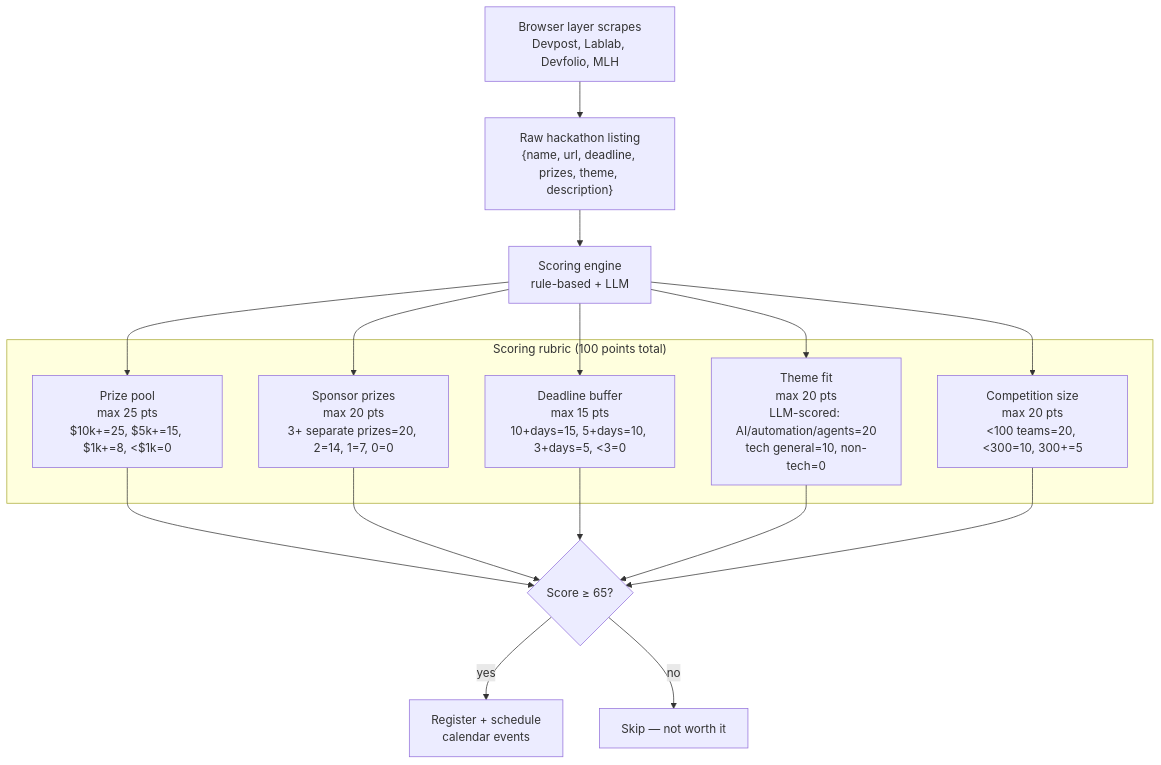
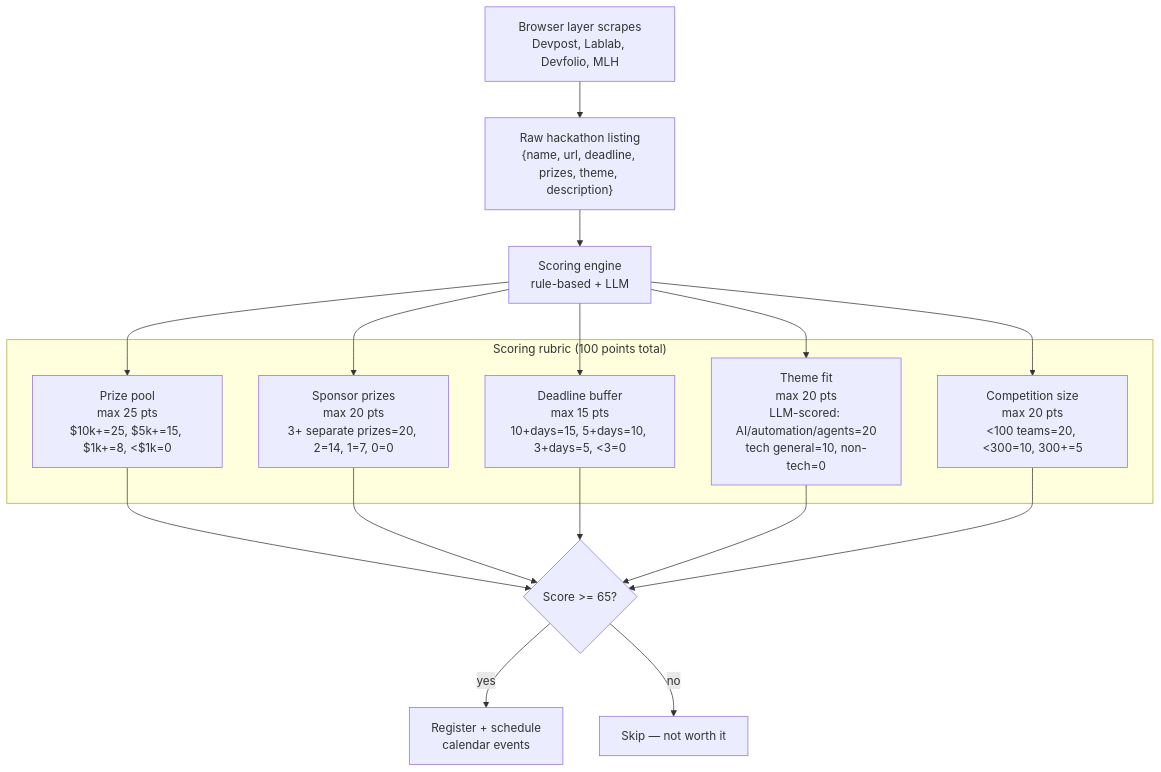
The first of 7 diagrams in docs/10-hackathon-intelligence.md (snowby666/forge), drawn with Mermaid before and after one commit. The commit also changed other lines of this file and 7 other files, not shown here.

````diff
--- a/docs/10-hackathon-intelligence.md
+++ b/docs/10-hackathon-intelligence.md
@@ -9,24 +9,24 @@
 ```mermaid
 graph TD
     SCRAPE["Browser layer scrapes\nDevpost, Lablab, Devfolio, MLH"]
     RAW["Raw hackathon listing\n{name, url, deadline, prizes, theme, description}"]
     SCORE["Scoring engine\nrule-based + LLM"]
 
     subgraph RUBRIC["Scoring rubric (100 points total)"]
         R1["Prize pool\nmax 25 pts\n$10k+=25, $5k+=15, $1k+=8, <$1k=0"]
         R2["Sponsor prizes\nmax 20 pts\n3+ separate prizes=20, 2=14, 1=7, 0=0"]
         R3["Deadline buffer\nmax 15 pts\n10+days=15, 5+days=10, 3+days=5, <3=0"]
         R4["Theme fit\nmax 20 pts\nLLM-scored: AI/automation/agents=20\ntech general=10, non-tech=0"]
         R5["Competition size\nmax 20 pts\n<100 teams=20, <300=10, 300+=5"]
     end
 
-    RESULT{"Score ≥ 65?"}
+    RESULT{"Score >= 65?"}
     REGISTER["Register + schedule\ncalendar events"]
     SKIP["Skip — not worth it"]
 
     SCRAPE --> RAW --> SCORE
     SCORE --> R1 & R2 & R3 & R4 & R5
     R1 & R2 & R3 & R4 & R5 --> RESULT
     RESULT -->|yes| REGISTER
     RESULT -->|no| SKIP
 ```
````
